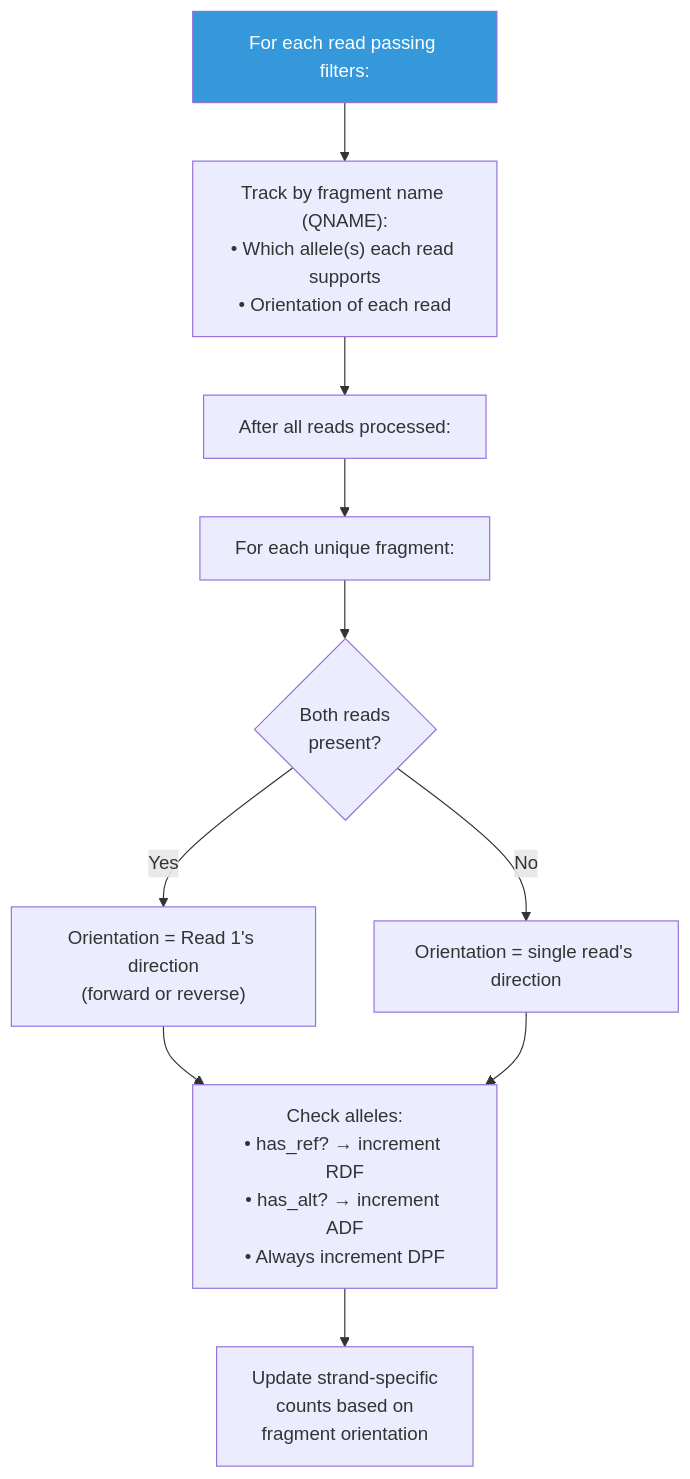
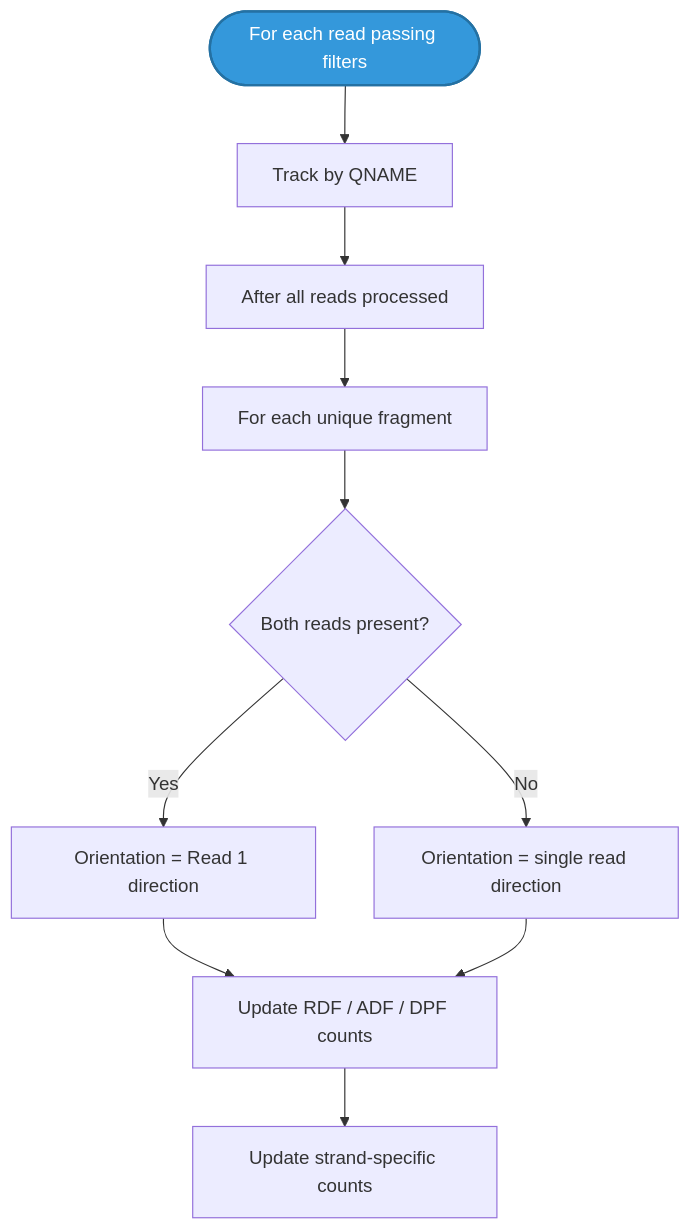
The ninth of 10 diagrams in docs/reference/variant-counting.md (msk-access/py-gbcms), drawn with Mermaid before and after one commit. The commit also changed other lines of this file and 2 other files, not shown here.

````diff
--- a/docs/reference/variant-counting.md
+++ b/docs/reference/variant-counting.md
@@ -524,15 +547,15 @@
 ```mermaid
 flowchart TD
-    Start["For each read passing filters:"] --> Track["Track by fragment name (QNAME):\n• Which allele(s) each read supports\n• Orientation of each read"]
-    Track --> Done["After all reads processed:"]
-    Done --> ForEach["For each unique fragment:"]
-    ForEach --> HasBoth{"Both reads\npresent?"}
-    HasBoth -->|Yes| Orient1["Orientation = Read 1's direction\n(forward or reverse)"]
-    HasBoth -->|No| Orient2["Orientation = single read's direction"]
+    Start([For each read passing filters]):::start
+    Start --> Track[Track by QNAME]
+    Track --> Done[After all reads processed]
+    Done --> ForEach[For each unique fragment]
+    ForEach --> HasBoth{Both reads present?}
+    HasBoth -->|Yes| Orient1[Orientation = Read 1 direction]
+    HasBoth -->|No| Orient2[Orientation = single read direction]
     Orient1 --> Allele
     Orient2 --> Allele
-    Allele["Check alleles:\n• has_ref? → increment RDF\n• has_alt? → increment ADF\n• Always increment DPF"]
-    Allele --> Strand["Update strand-specific\ncounts based on\nfragment orientation"]
+    Allele[Update RDF / ADF / DPF counts] --> Strand[Update strand-specific counts]
 
-    style Start fill:#3498db,color:#fff
+    classDef start fill:#3498db,color:#fff,stroke:#2471a3,stroke-width:2px;
 ```
````
